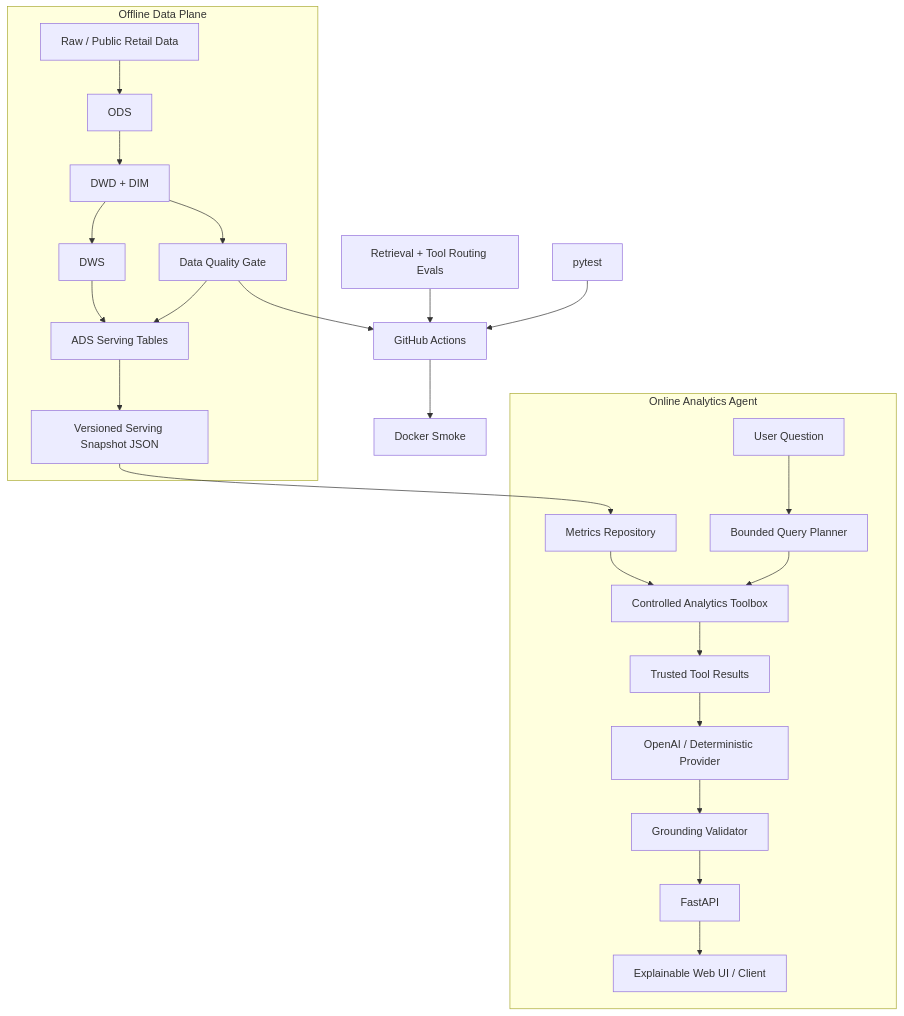
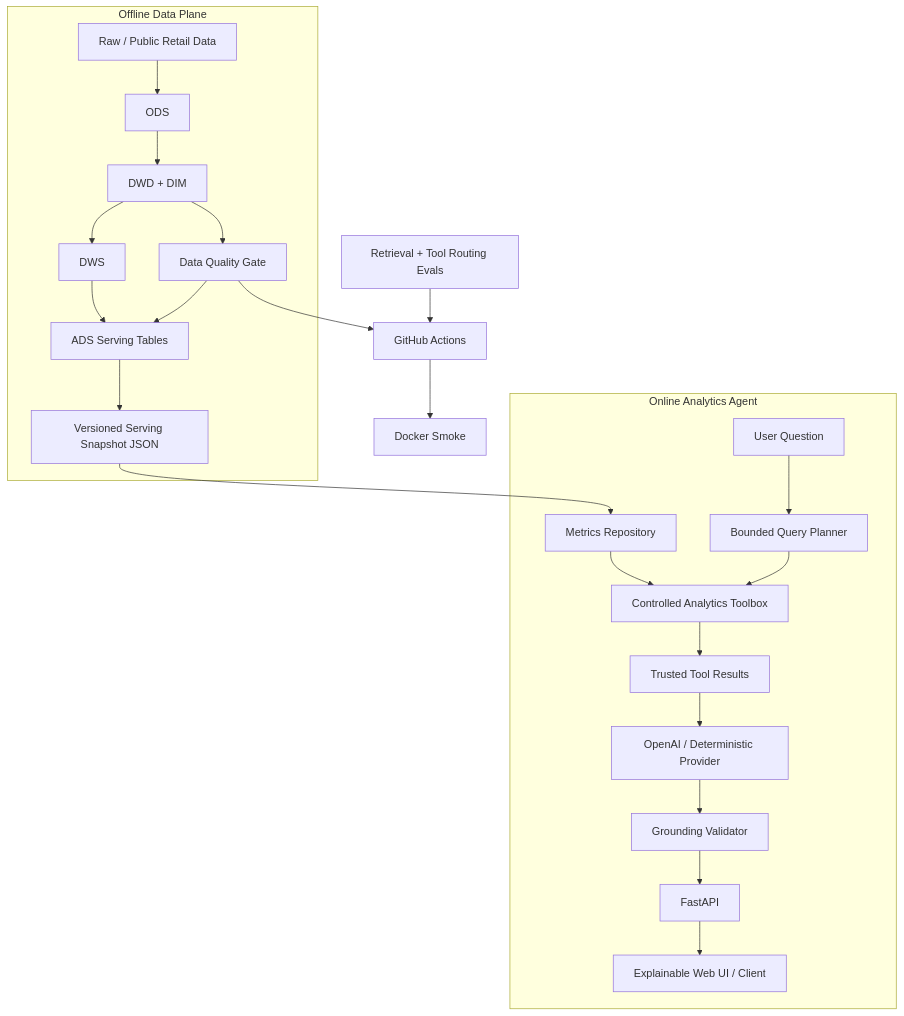
One commit to plutoczm/retailpulse-offline-lakehouse changed the diagram in docs/ARCHITECTURE.md. Above: the diagram before and after it, drawn with Mermaid. The commit also changed other lines of this file and 18 other files, not shown here.

````diff
--- a/docs/ARCHITECTURE.md
+++ b/docs/ARCHITECTURE.md
@@ -5,29 +5,28 @@
 ```mermaid
 flowchart TB
   subgraph Offline["Offline Data Plane"]
     A[Raw / Public Retail Data] --> B[ODS]
     B --> C[DWD + DIM]
     C --> D[DWS]
     D --> E[ADS Serving Tables]
     C --> Q[Data Quality Gate]
     Q --> E
     E --> X[Versioned Serving Snapshot JSON]
   end
 
   subgraph Online["Online Analytics Agent"]
     U[User Question] --> P[Bounded Query Planner]
     X --> R[Metrics Repository]
     R --> T[Controlled Analytics Toolbox]
     P --> T
     T --> TR[Trusted Tool Results]
     TR --> L[OpenAI / Deterministic Provider]
     L --> G[Grounding Validator]
     G --> API[FastAPI]
     API --> UI[Explainable Web UI / Client]
   end
 
   EV[Retrieval + Tool Routing Evals] --> CI[GitHub Actions]
-  TS[pytest] --> CI
   Q --> CI
   CI --> DS[Docker Smoke]
 ```
````
